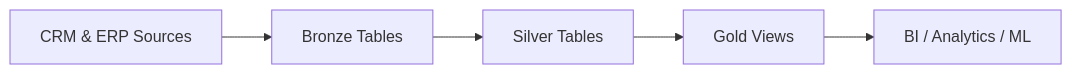
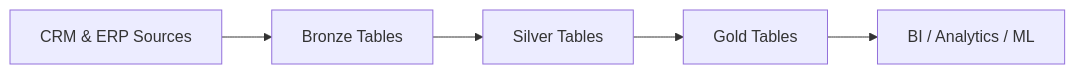
Before and after one commit to manjotkaurr31/DataWarehouse: the diagram in README.md, drawn with Mermaid. The commit also changed other lines of this file, not shown here.

````diff
--- a/README.md
+++ b/README.md
@@ -113,7 +114,7 @@
 ```mermaid
 graph LR
     A[CRM & ERP Sources] --> B[Bronze Tables]
     B --> C[Silver Tables]
-    C --> D[Gold Views]
+    C --> D[Gold Tables]
     D --> E[BI / Analytics / ML]
 ```
````
